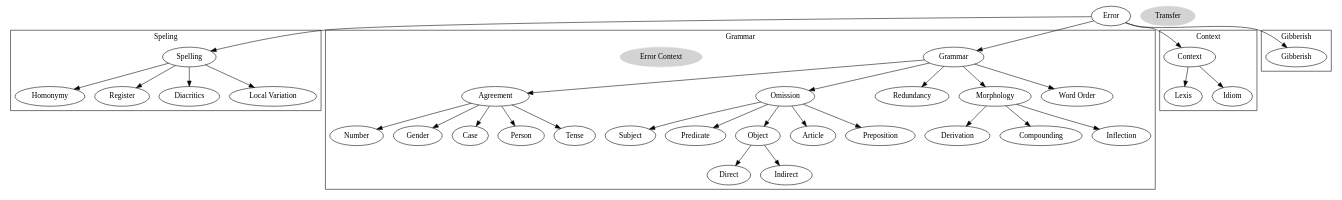
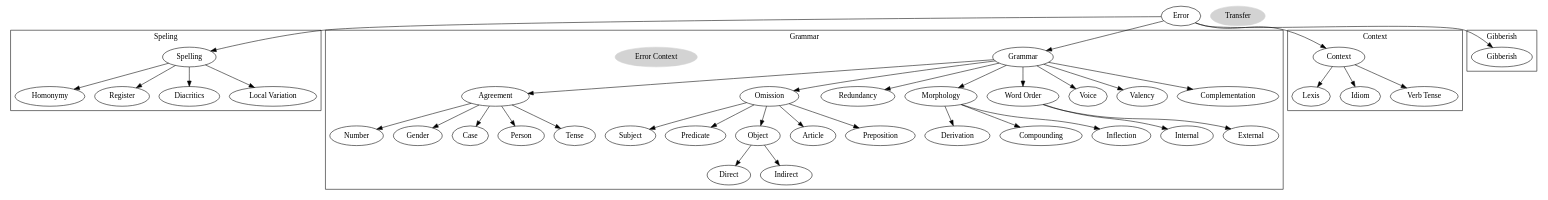
One commit to adimit/ll-annotation changed the diagram in text/taxonomy.dot. Above: the diagram before and after it, drawn with Graphviz. The commit also changed 3 other files, not shown here.

```diff
--- a/text/taxonomy.dot
+++ b/text/taxonomy.dot
@@ -1,63 +1,70 @@
 digraph Taxonomy {
 	subgraph cluster_0 {
 		color = black;
 		label = "Speling";
 		Spelling -> Homonymy;
 		Spelling -> Register;
 		Spelling -> Diacritics;
 		Spelling -> "Local Variation";
 	}
 
 	subgraph cluster_1 {
 		label = Grammar;
 		Grammar -> Agreement;
 		Grammar -> Omission;
 		Grammar -> Redundancy;
 		Grammar -> Morphology;
 		Grammar -> "Word Order";
+		Grammar -> Voice;
+		Grammar -> Valency;
+		Grammar -> Complementation;
+
+		"Word Order" -> Internal;
+		"Word Order" -> External;
 
 		Agreement -> Number;
 		Agreement -> Gender;
 		Agreement -> Case;
 		Agreement -> Person;
 		Agreement -> Tense;
 
 		Omission -> Subject;
 		Omission -> Predicate;
 		Omission -> Object;
 		Omission -> Article;
 		Omission -> Preposition;
 		Object -> Direct;
 		Object -> Indirect;
 
 		Morphology -> Derivation;
 		Morphology -> Compounding;
 		Morphology -> Inflection;
 
 		color = black;
 
 		node [style=filled, color=lightgrey]
 		"Error Context";
 	}
 
 	subgraph cluster_2 {
 		label = Context;
 		Context -> Lexis;
 		Context -> Idiom;
+		Context -> "Verb Tense";
 		color = black;
 	}
 
 	subgraph cluster_3 {
 		label = Gibberish
 		Gibberish;
 		color = black;
 	}
 
 	Error -> Spelling;
 	Error -> Grammar;
 	Error -> Context;
 	Error -> Gibberish;
 
 	node [style=filled, color=lightgrey]
 	Transfer;
 }
```
